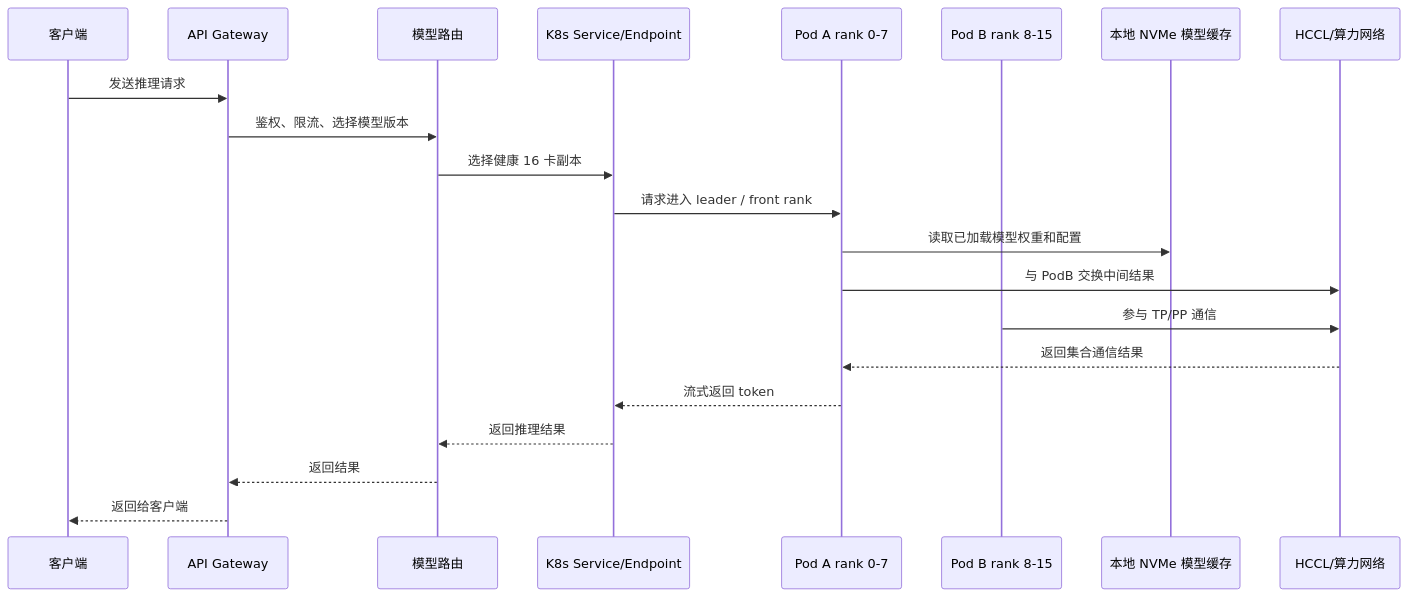
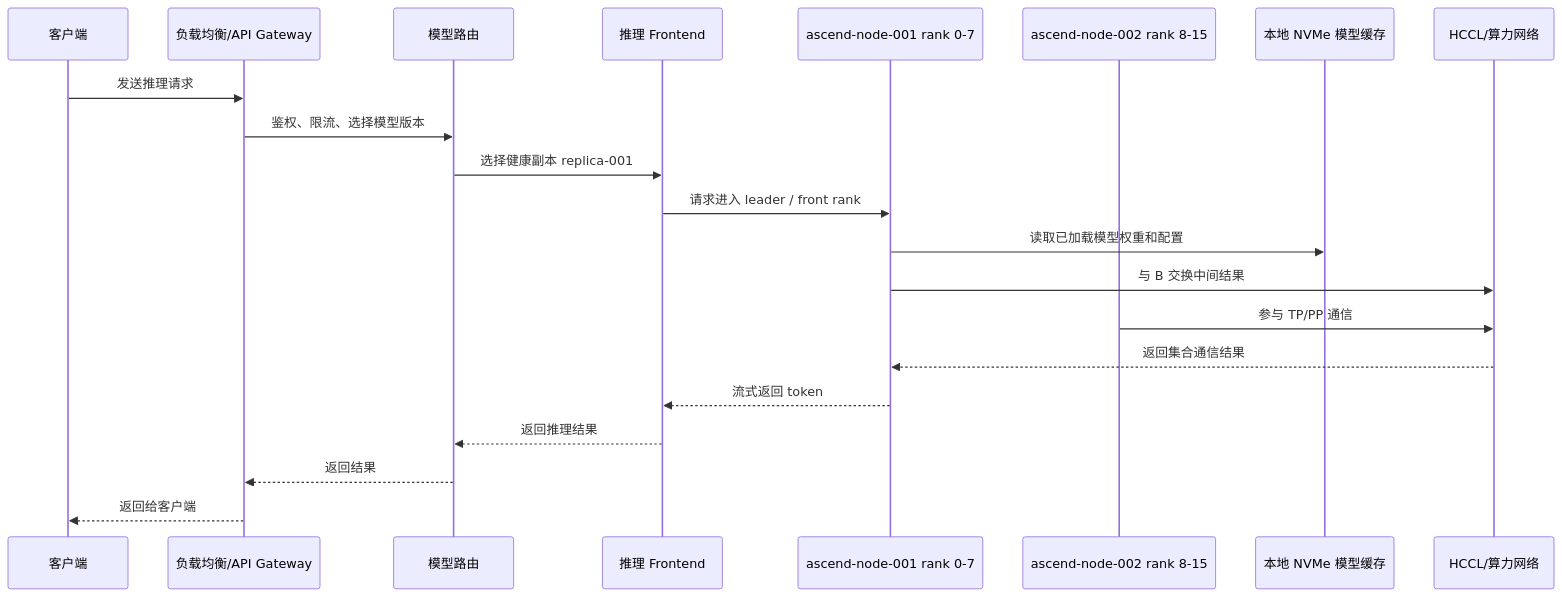
One commit to yimingren30/12306 changed the sixth of 6 diagrams in docs/ai-computing-center-network-fault-sharing.md. Above: the diagram before and after it, drawn with Mermaid. The commit also changed other lines of this file, not shown here.

Commit message:
Change Ascend scenario to direct switch deployment

````diff
--- a/docs/ai-computing-center-network-fault-sharing.md
+++ b/docs/ai-computing-center-network-fault-sharing.md
@@ -3409,24 +3146,24 @@
 ```mermaid
 sequenceDiagram
     participant Client as 客户端
-    participant Gateway as API Gateway
+    participant LB as 负载均衡/API Gateway
     participant Router as 模型路由
-    participant Service as K8s Service/Endpoint
-    participant PodA as Pod A rank 0-7
-    participant PodB as Pod B rank 8-15
+    participant Front as 推理 Frontend
+    participant A as ascend-node-001 rank 0-7
+    participant B as ascend-node-002 rank 8-15
     participant Cache as 本地 NVMe 模型缓存
     participant HCCL as HCCL/算力网络
 
-    Client->>Gateway: 发送推理请求
-    Gateway->>Router: 鉴权、限流、选择模型版本
-    Router->>Service: 选择健康 16 卡副本
-    Service->>PodA: 请求进入 leader / front rank
-    PodA->>Cache: 读取已加载模型权重和配置
-    PodA->>HCCL: 与 PodB 交换中间结果
-    PodB->>HCCL: 参与 TP/PP 通信
-    HCCL-->>PodA: 返回集合通信结果
-    PodA-->>Service: 流式返回 token
-    Service-->>Router: 返回推理结果
-    Router-->>Gateway: 返回结果
-    Gateway-->>Client: 返回给客户端
+    Client->>LB: 发送推理请求
+    LB->>Router: 鉴权、限流、选择模型版本
+    Router->>Front: 选择健康副本 replica-001
+    Front->>A: 请求进入 leader / front rank
+    A->>Cache: 读取已加载模型权重和配置
+    A->>HCCL: 与 B 交换中间结果
+    B->>HCCL: 参与 TP/PP 通信
+    HCCL-->>A: 返回集合通信结果
+    A-->>Front: 流式返回 token
+    Front-->>Router: 返回推理结果
+    Router-->>LB: 返回结果
+    LB-->>Client: 返回给客户端
 ```
````
